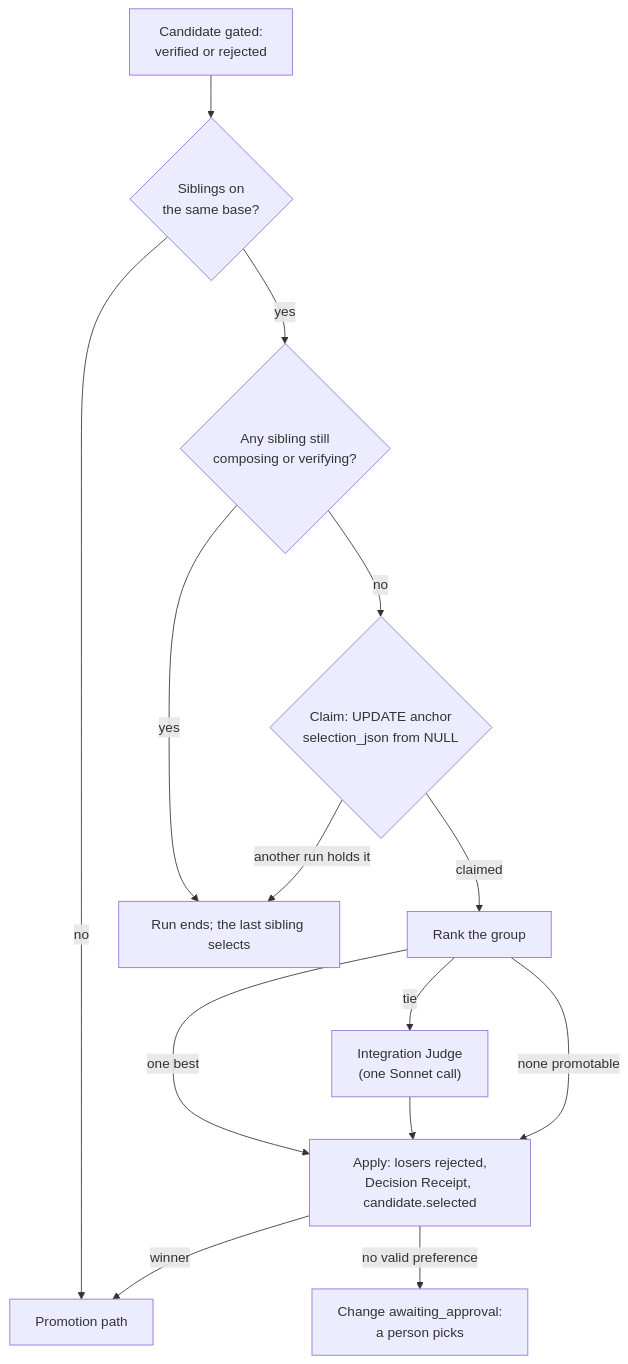
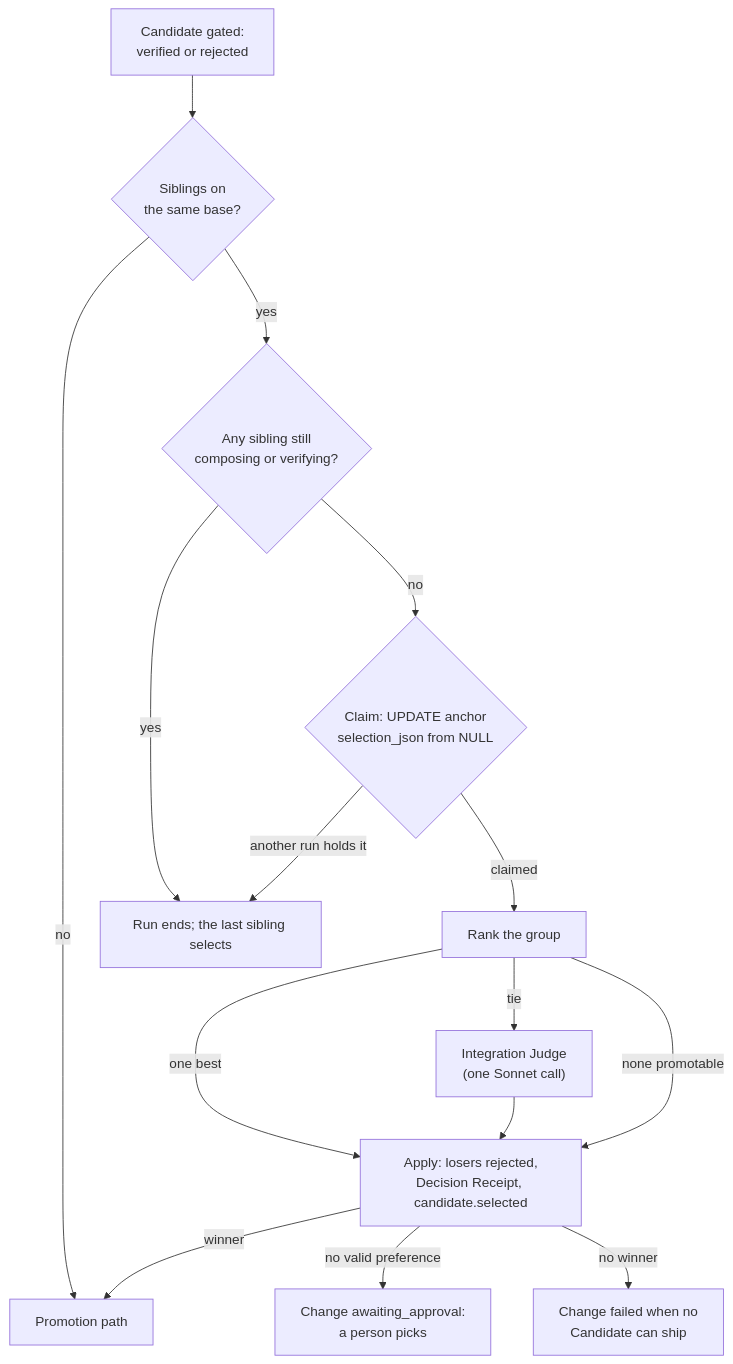
One commit to nsudhanva/rhumbatron changed the sixth of 8 diagrams in docs/architecture/source-and-verification.md. Above: the diagram before and after it, drawn with Mermaid. The commit also changed other lines of this file and 47 other files, not shown here.

````diff
--- a/docs/architecture/source-and-verification.md
+++ b/docs/architecture/source-and-verification.md
@@ -234,16 +278,17 @@
 ```mermaid
 flowchart TB
   G["Candidate gated:<br/>verified or rejected"] --> S{"Siblings on<br/>the same base?"}
   S -->|"no"| P["Promotion path"]
   S -->|"yes"| W{"Any sibling still<br/>composing or verifying?"}
   W -->|"yes"| END["Run ends; the last sibling selects"]
   W -->|"no"| CL{"Claim: UPDATE anchor<br/>selection_json from NULL"}
   CL -->|"another run holds it"| END
   CL -->|"claimed"| R["Rank the group"]
   R -->|"one best"| A["Apply: losers rejected,<br/>Decision Receipt, candidate.selected"]
   R -->|"tie"| J["Integration Judge<br/>(one Sonnet call)"]
   R -->|"none promotable"| A
   J --> A
   A -->|"winner"| P
   A -->|"no valid preference"| H["Change awaiting_approval:<br/>a person picks"]
+  A -->|"no winner"| FL["Change failed when no<br/>Candidate can ship"]
 ```
````
